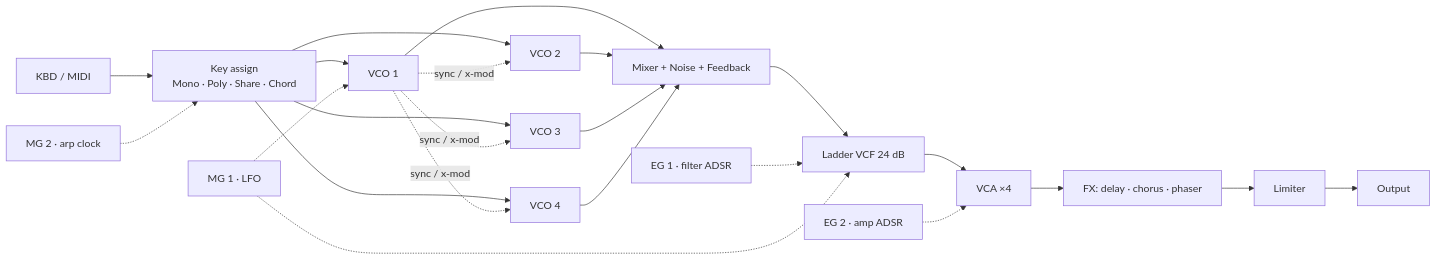
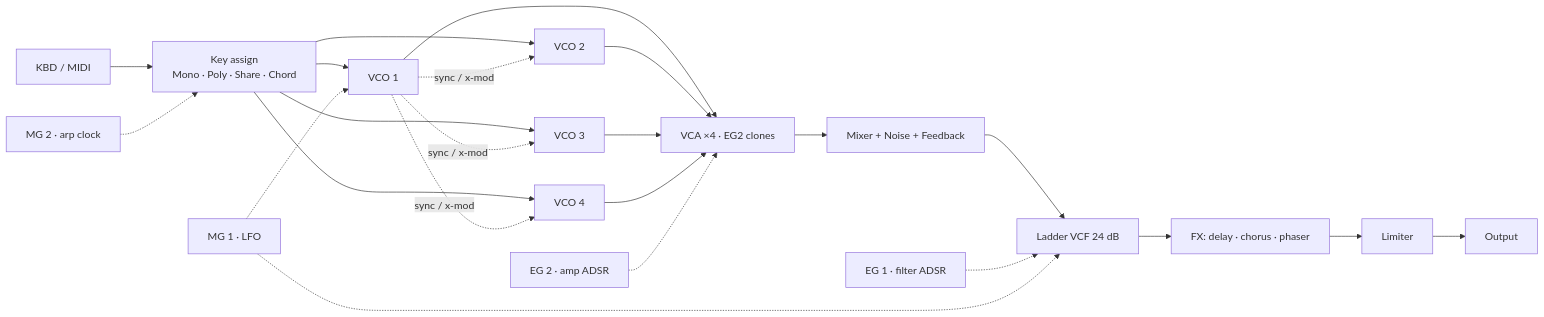
One commit to louissilvestri/web-synth changed the diagram in README.md. Above: the diagram before and after it, drawn with Mermaid. The commit also changed 22 other files, not shown here.

First line of the commit message:
M1: paraphonic engine — module graph, DSP, key assign, worklet host (#33)

````diff
--- a/README.md
+++ b/README.md
@@ -27,15 +27,15 @@
 ```mermaid
 flowchart LR
   KBD[KBD / MIDI] --> KA[Key assign<br/>Mono · Poly · Share · Chord]
   KA --> V1[VCO 1] & V2[VCO 2] & V3[VCO 3] & V4[VCO 4]
   V1 -.sync / x-mod.-> V2 & V3 & V4
-  V1 & V2 & V3 & V4 --> MIX[Mixer + Noise + Feedback]
+  V1 & V2 & V3 & V4 --> VCA[VCA ×4 · EG2 clones]
+  VCA --> MIX[Mixer + Noise + Feedback]
   MIX --> VCF[Ladder VCF 24 dB]
-  VCF --> VCA[VCA ×4]
-  VCA --> FX[FX: delay · chorus · phaser]
+  VCF --> FX[FX: delay · chorus · phaser]
   FX --> LIM[Limiter] --> OUT[Output]
   EG1[EG 1 · filter ADSR] -.-> VCF
   EG2[EG 2 · amp ADSR] -.-> VCA
   MG1[MG 1 · LFO] -.-> V1 & VCF
   MG2[MG 2 · arp clock] -.-> KA
 ```
````
